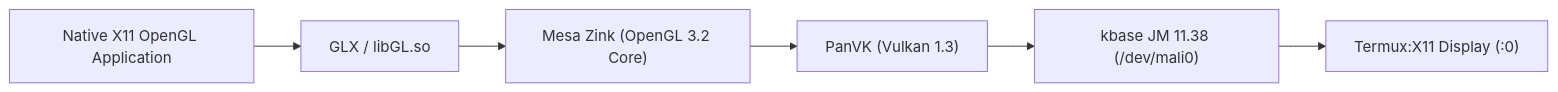
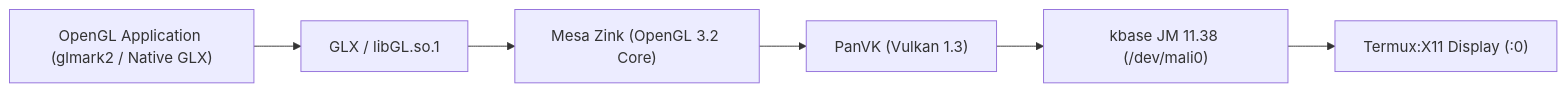
Before and after one commit to apexspan-svg/mesa-panvk-mali-g57: the diagram in docs/panvk_g57/OPENGL_ZINK_TEST_REPORT.md, drawn with Mermaid. The commit also changed other lines of this file and 3 other files, not shown here.

````diff
--- a/docs/panvk_g57/OPENGL_ZINK_TEST_REPORT.md
+++ b/docs/panvk_g57/OPENGL_ZINK_TEST_REPORT.md
@@ -41,8 +39,8 @@
 ```mermaid
 flowchart LR
-    App["Native X11 OpenGL Application"] --> GLX["GLX / libGL.so"]
+    App["OpenGL Application (glmark2 / Native GLX)"] --> GLX["GLX / libGL.so.1"]
     GLX --> Zink["Mesa Zink (OpenGL 3.2 Core)"]
     Zink --> PanVK["PanVK (Vulkan 1.3)"]
     PanVK --> Kbase["kbase JM 11.38 (/dev/mali0)"]
     Kbase --> X11["Termux:X11 Display (:0)"]
 ```
````
